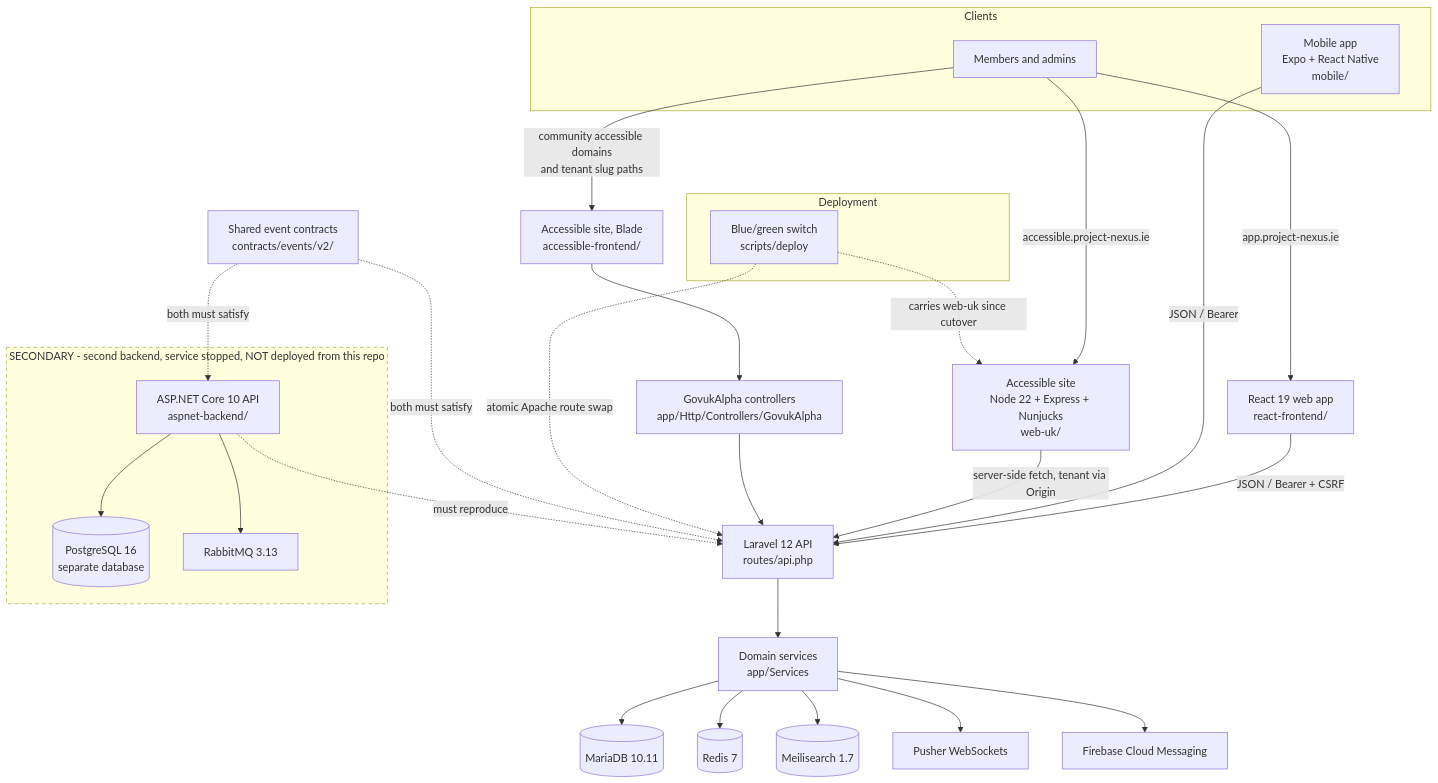
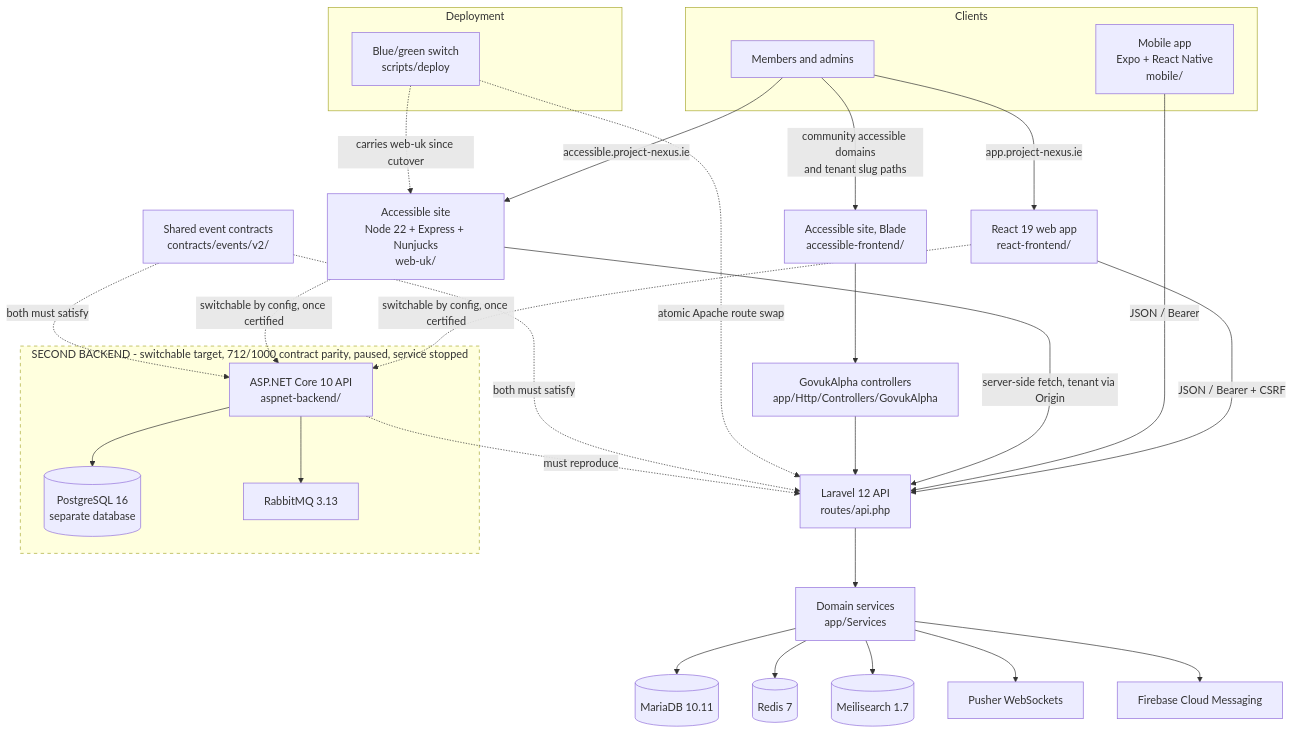
One commit to jasperfordesq-ai/Project-NEXUS changed the diagram in README.md. Above: the diagram before and after it, drawn with Mermaid. The commit also changed other lines of this file and 1 other file, not shown here.

````diff
--- a/README.md
+++ b/README.md
@@ -177,44 +200,46 @@
 ```mermaid
 flowchart TD
     subgraph Clients
         U[Members and admins]
         M[Mobile app<br/>Expo + React Native<br/>mobile/]
     end
 
     U -->|app.project-nexus.ie| RC[React 19 web app<br/>react-frontend/]
     U -->|accessible.project-nexus.ie| WU[Accessible site<br/>Node 22 + Express + Nunjucks<br/>web-uk/]
     U -->|community accessible domains<br/>and tenant slug paths| AC[Accessible site, Blade<br/>accessible-frontend/]
 
     RC -->|JSON / Bearer + CSRF| API[Laravel 12 API<br/>routes/api.php]
     M -->|JSON / Bearer| API
     WU -->|server-side fetch, tenant via Origin| API
     AC --> GC[GovukAlpha controllers<br/>app/Http/Controllers/GovukAlpha]
     GC --> API
 
     API --> SVC[Domain services<br/>app/Services]
     SVC --> DB[(MariaDB 10.11)]
     SVC --> RED[(Redis 7)]
     SVC --> MEI[(Meilisearch 1.7)]
     SVC --> PUSH[Pusher WebSockets]
     SVC --> FCM[Firebase Cloud Messaging]
 
     subgraph Deployment
         BG[Blue/green switch<br/>scripts/deploy]
     end
     BG -. atomic Apache route swap .-> API
     BG -. carries web-uk since cutover .-> WU
 
-    subgraph SEC ["SECONDARY - second backend, service stopped, NOT deployed from this repo"]
+    subgraph SEC ["SECOND BACKEND - switchable target, 712/1000 contract parity, paused, service stopped"]
         ASP[ASP.NET Core 10 API<br/>aspnet-backend/]
         PG[(PostgreSQL 16<br/>separate database)]
         MQ[RabbitMQ 3.13]
         ASP --> PG
         ASP --> MQ
     end
 
     ASP -. must reproduce .-> API
+    RC -. switchable by config, once certified .-> ASP
+    WU -. switchable by config, once certified .-> ASP
     CON[Shared event contracts<br/>contracts/events/v2/] -. both must satisfy .-> API
     CON -. both must satisfy .-> ASP
 
     style SEC stroke-dasharray: 5 5
 ```
````
